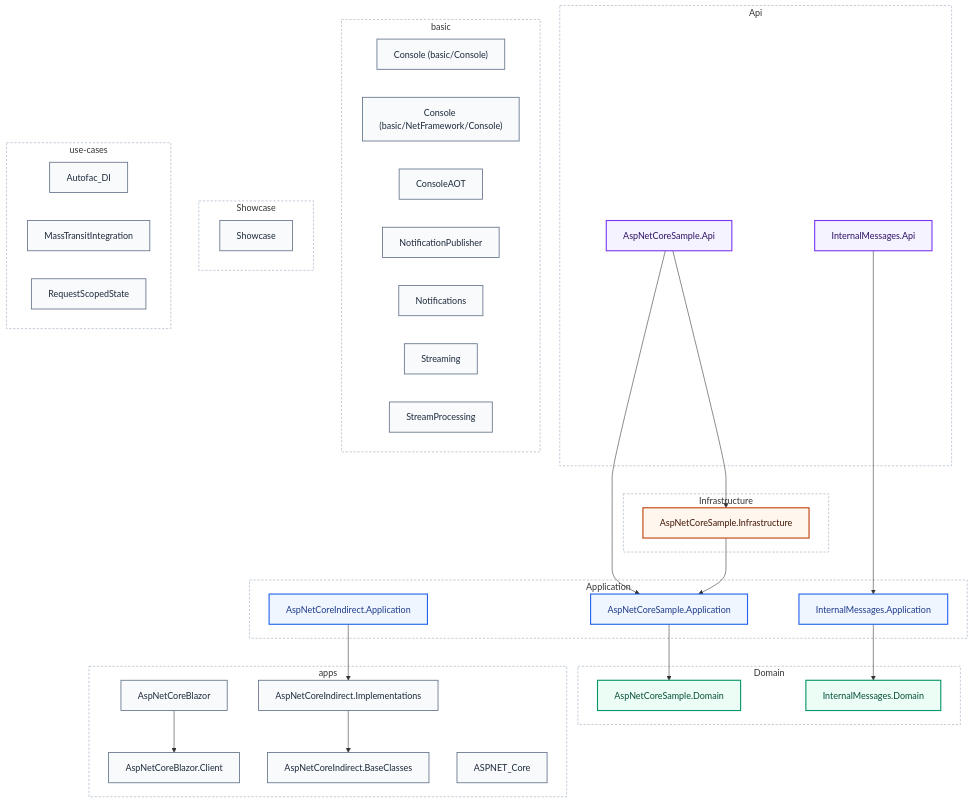
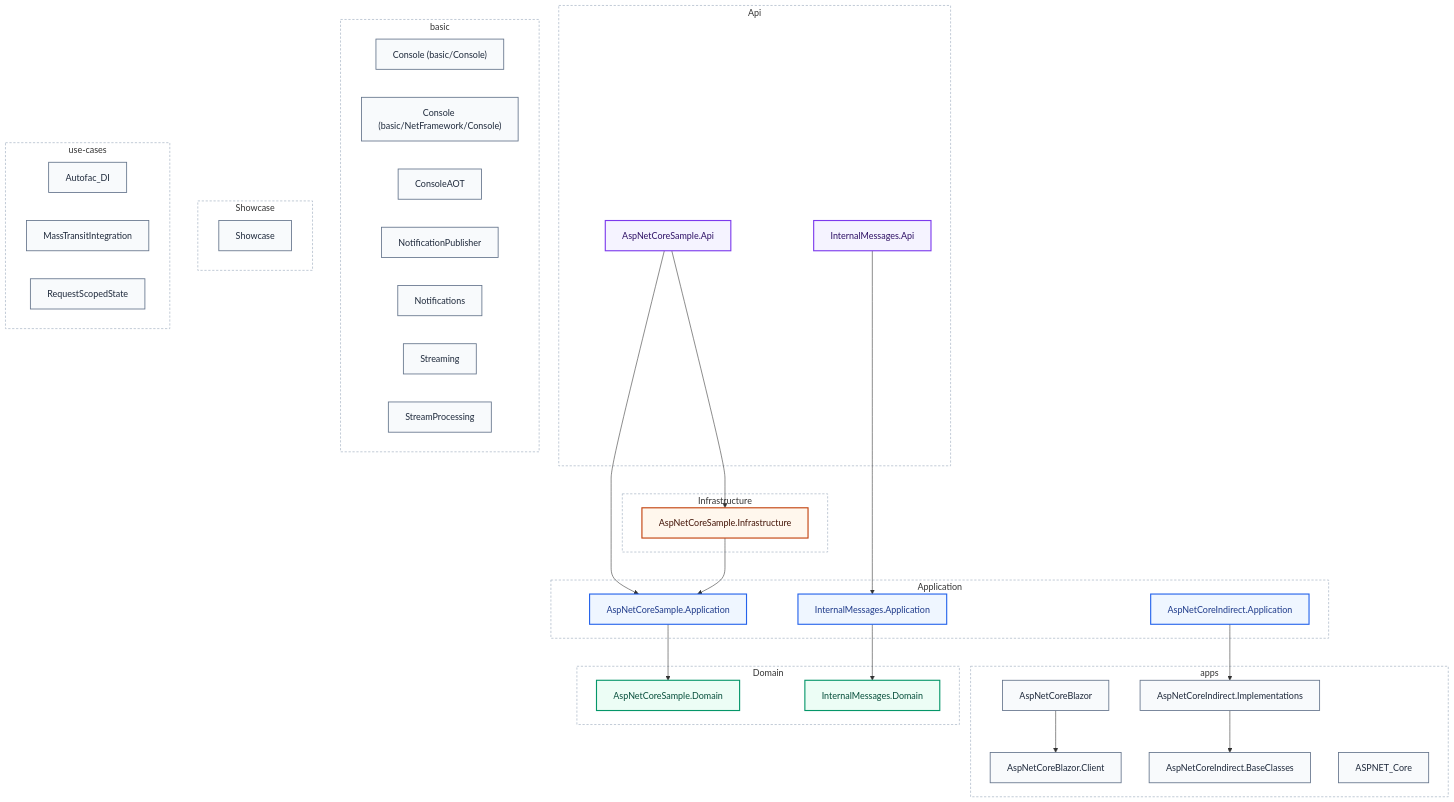
The second of 31 diagrams in docs/sample-output/real-world/mediator-ARCHITECTURE.md (AbdullahHakima/cqrslens), drawn with Mermaid before and after one commit. The commit also changed other lines of this file and 15 other files, not shown here.

Commit message:
docs: bring README, the validation snapshot and sample reports to 1.0.0 - diagrams as pre-rendered SVGs, real console output

````diff
--- a/docs/sample-output/real-world/mediator-ARCHITECTURE.md
+++ b/docs/sample-output/real-world/mediator-ARCHITECTURE.md
@@ -87,68 +97,68 @@
 ```mermaid
 flowchart TD
     accTitle: Layer diagram
     accDescr: 24 projects, 8 layers, 9 references.
     subgraph lyr_Api["Api"]
         prj_AspNetCoreSample_Api["AspNetCoreSample.Api"]:::clsLayerApi
         prj_InternalMessages_Api["InternalMessages.Api"]:::clsLayerApi
-    end
-    subgraph lyr_Application["Application"]
-        prj_AspNetCoreIndirect_Application["AspNetCoreIndirect.Application"]:::clsLayerApplication
-        prj_AspNetCoreSample_Application["AspNetCoreSample.Application"]:::clsLayerApplication
-        prj_InternalMessages_Application["InternalMessages.Application"]:::clsLayerApplication
-    end
-    subgraph lyr_Infrastructure["Infrastructure"]
-        prj_AspNetCoreSample_Infrastructure["AspNetCoreSample.Infrastructure"]:::clsLayerInfrastructure
-    end
-    subgraph lyr_Domain["Domain"]
-        prj_AspNetCoreSample_Domain["AspNetCoreSample.Domain"]:::clsLayerDomain
-        prj_InternalMessages_Domain["InternalMessages.Domain"]:::clsLayerDomain
     end
     subgraph lyr_apps["apps"]
         prj_AspNetCoreBlazor["AspNetCoreBlazor"]:::clsLayerOther
         prj_AspNetCoreBlazor_Client["AspNetCoreBlazor.Client"]:::clsLayerOther
         prj_AspNetCoreIndirect_BaseClasses["AspNetCoreIndirect.BaseClasses"]:::clsLayerOther
         prj_AspNetCoreIndirect_Implementations["AspNetCoreIndirect.Implementations"]:::clsLayerOther
         prj_ASPNET_Core["ASPNET_Core"]:::clsLayerOther
     end
     subgraph lyr_basic["basic"]
         prj_Console__basic_Console_["Console (basic/Console)"]:::clsLayerOther
         prj_Console__basic_NetFramework_Console_["Console (basic/NetFramework/Console)"]:::clsLayerOther
         prj_ConsoleAOT["ConsoleAOT"]:::clsLayerOther
         prj_NotificationPublisher["NotificationPublisher"]:::clsLayerOther
         prj_Notifications["Notifications"]:::clsLayerOther
         prj_Streaming["Streaming"]:::clsLayerOther
         prj_StreamProcessing["StreamProcessing"]:::clsLayerOther
     end
     subgraph lyr_Showcase["Showcase"]
         prj_Showcase["Showcase"]:::clsLayerOther
     end
     subgraph lyr_use_cases["use-cases"]
         prj_Autofac_DI["Autofac_DI"]:::clsLayerOther
         prj_MassTransitIntegration["MassTransitIntegration"]:::clsLayerOther
         prj_RequestScopedState["RequestScopedState"]:::clsLayerOther
     end
+    subgraph lyr_Infrastructure["Infrastructure"]
+        prj_AspNetCoreSample_Infrastructure["AspNetCoreSample.Infrastructure"]:::clsLayerInfrastructure
+    end
+    subgraph lyr_Application["Application"]
+        prj_AspNetCoreIndirect_Application["AspNetCoreIndirect.Application"]:::clsLayerApplication
+        prj_AspNetCoreSample_Application["AspNetCoreSample.Application"]:::clsLayerApplication
+        prj_InternalMessages_Application["InternalMessages.Application"]:::clsLayerApplication
+    end
+    subgraph lyr_Domain["Domain"]
+        prj_AspNetCoreSample_Domain["AspNetCoreSample.Domain"]:::clsLayerDomain
+        prj_InternalMessages_Domain["InternalMessages.Domain"]:::clsLayerDomain
+    end
     prj_AspNetCoreBlazor --> prj_AspNetCoreBlazor_Client
     prj_AspNetCoreIndirect_Application --> prj_AspNetCoreIndirect_Implementations
     prj_AspNetCoreIndirect_Implementations --> prj_AspNetCoreIndirect_BaseClasses
     prj_AspNetCoreSample_Api --> prj_AspNetCoreSample_Application
     prj_AspNetCoreSample_Api --> prj_AspNetCoreSample_Infrastructure
     prj_AspNetCoreSample_Application --> prj_AspNetCoreSample_Domain
     prj_AspNetCoreSample_Infrastructure --> prj_AspNetCoreSample_Application
     prj_InternalMessages_Api --> prj_InternalMessages_Application
     prj_InternalMessages_Application --> prj_InternalMessages_Domain
     style lyr_Api fill:none,stroke:#94a3b8,stroke-dasharray:4 3
-    style lyr_Application fill:none,stroke:#94a3b8,stroke-dasharray:4 3
-    style lyr_Infrastructure fill:none,stroke:#94a3b8,stroke-dasharray:4 3
-    style lyr_Domain fill:none,stroke:#94a3b8,stroke-dasharray:4 3
     style lyr_apps fill:none,stroke:#94a3b8,stroke-dasharray:4 3
     style lyr_basic fill:none,stroke:#94a3b8,stroke-dasharray:4 3
     style lyr_Showcase fill:none,stroke:#94a3b8,stroke-dasharray:4 3
     style lyr_use_cases fill:none,stroke:#94a3b8,stroke-dasharray:4 3
+    style lyr_Infrastructure fill:none,stroke:#94a3b8,stroke-dasharray:4 3
+    style lyr_Application fill:none,stroke:#94a3b8,stroke-dasharray:4 3
+    style lyr_Domain fill:none,stroke:#94a3b8,stroke-dasharray:4 3
     classDef clsLayerDomain fill:#ecfdf5,stroke:#059669,stroke-width:2px,color:#064e3b
     classDef clsLayerApplication fill:#eff6ff,stroke:#2563eb,stroke-width:2px,color:#1e3a8a
     classDef clsLayerInfrastructure fill:#fff7ed,stroke:#c2410c,stroke-width:2px,color:#431407
     classDef clsLayerApi fill:#f5f3ff,stroke:#7c3aed,stroke-width:2px,color:#2e1065
     classDef clsLayerTests fill:#f8fafc,stroke:#64748b,stroke-width:1.5px,color:#1e293b
     classDef clsLayerOther fill:#f8fafc,stroke:#64748b,stroke-width:1.5px,color:#1e293b
 ```
````
